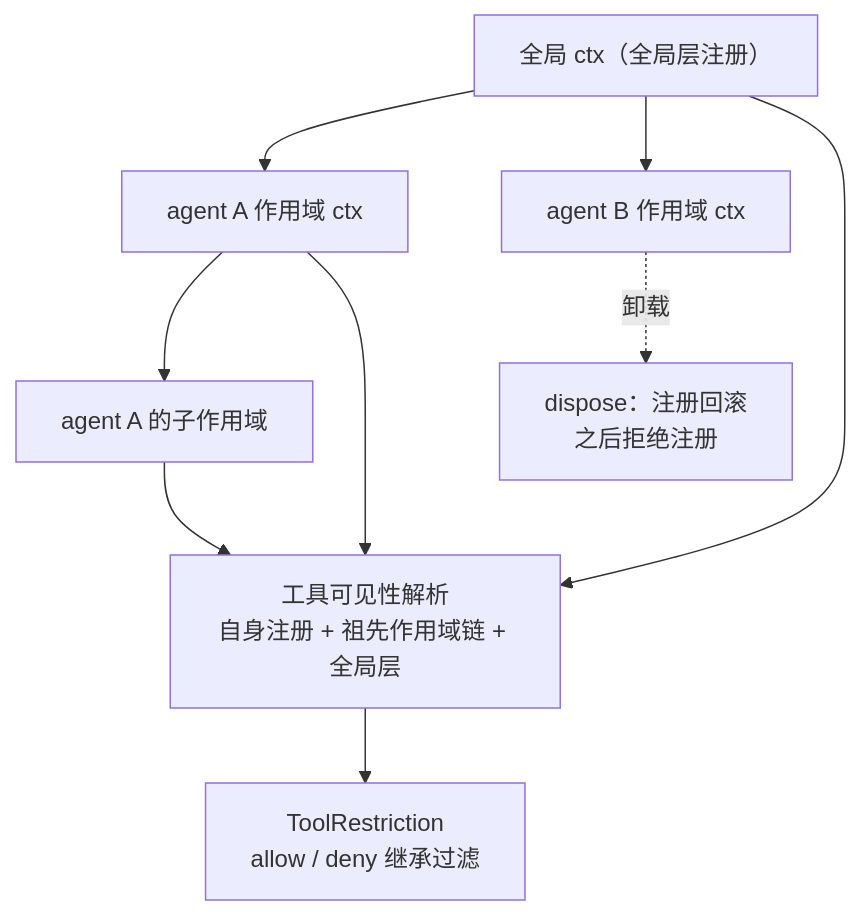
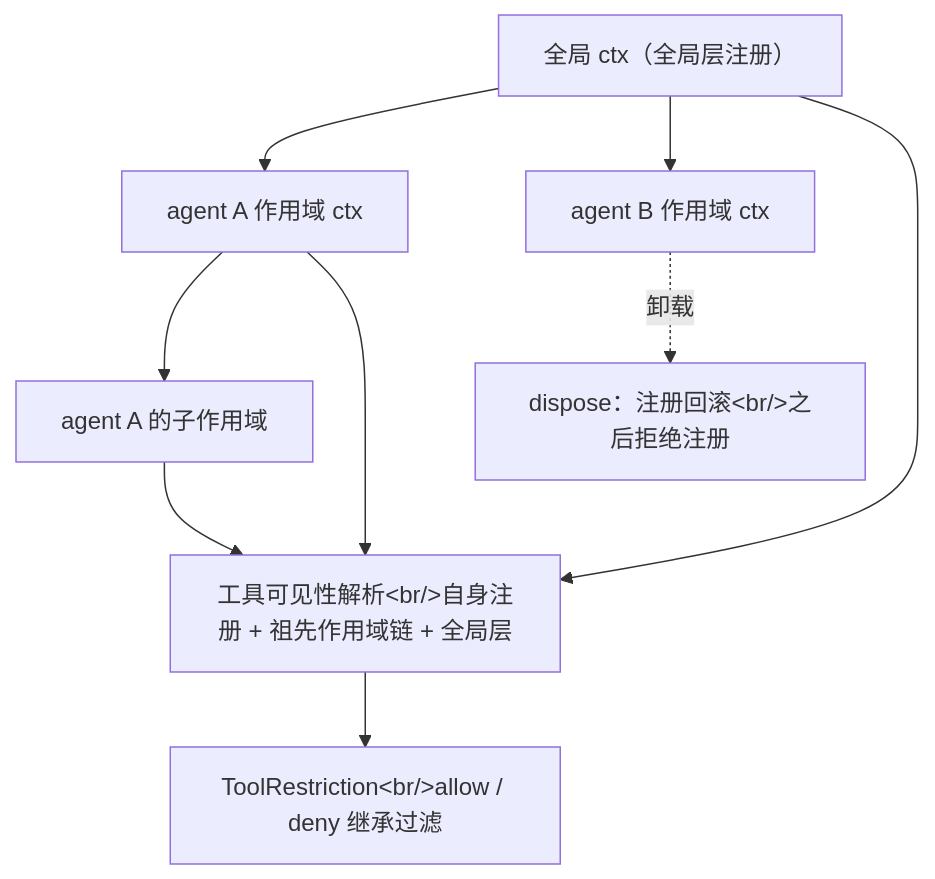
Before and after one commit to ZZKeepCurious/mini-deepseek-harness-python: the eighth of 9 diagrams in docs/report/02-architecture.md, drawn with Mermaid. The commit also changed other lines of this file and 27 other files, not shown here.

````diff
--- a/docs/report/02-architecture.md
+++ b/docs/report/02-architecture.md
@@ -280,18 +280,18 @@
 ```mermaid
 flowchart TD
   ROOT["全局 ctx（全局层注册）"]
   A["agent A 作用域 ctx"]
   B["agent B 作用域 ctx"]
   SUB["agent A 的子作用域"]
-  VIS["工具可见性解析<br/>自身注册 + 祖先作用域链 + 全局层"]
-  REST["ToolRestriction<br/>allow / deny 继承过滤"]
-  ROLL["dispose：注册回滚<br/>之后拒绝注册"]
+  VIS["工具可见性解析&lt;br/&gt;自身注册 + 祖先作用域链 + 全局层"]
+  REST["ToolRestriction&lt;br/&gt;allow / deny 继承过滤"]
+  ROLL["dispose：注册回滚&lt;br/&gt;之后拒绝注册"]
   ROOT --> A
   ROOT --> B
   A --> SUB
   A --> VIS
   SUB --> VIS
   ROOT --> VIS
   VIS --> REST
   B -.卸载.-> ROLL
 ```
````
